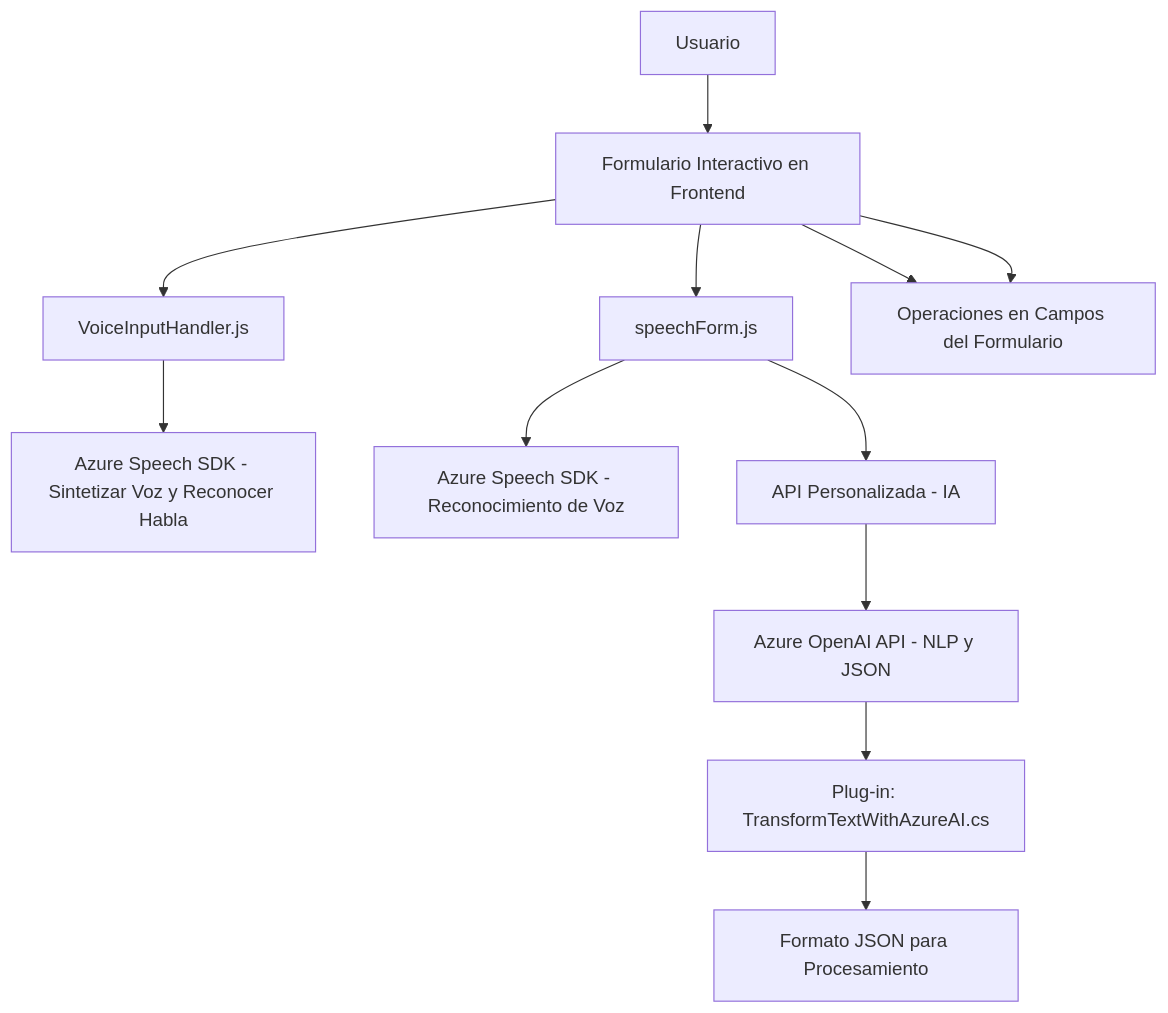
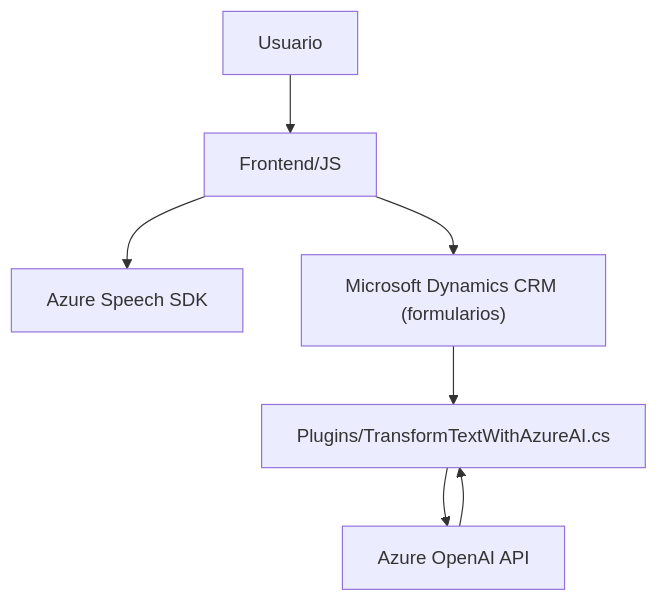
The diagram in README.md (blopezdm/NETCORE_BILBAO2025), drawn with Mermaid before and after one commit. The commit also changed other lines of this file, not shown here.

````diff
--- a/README.md
+++ b/README.md
@@ -55,18 +51,9 @@
 ```mermaid
 graph TD
-    A["Usuario"] --> B["Formulario Interactivo en Frontend"]
-
-    B --> D["VoiceInputHandler.js"]
-    B --> E["speechForm.js"]
-
-    D --> F["Azure Speech SDK - Sintetizar Voz y Reconocer Habla"]
-    E --> G["Azure Speech SDK - Reconocimiento de Voz"]
-    E --> H["API Personalizada - IA"]
-
-    B --> I["Microsoft Dynamics CRM - Form Context"]
-    H --> J["Azure OpenAI API - NLP y JSON"]
-    J --> K["Plug-in: TransformTextWithAzureAI.cs"]
-
-    K --> L["Formato JSON para Procesamiento"]
-    B --> I["Operaciones en Campos del Formulario"]
+A["Usuario"] -->B["Frontend/JS"]
+B["Frontend/JS"] --> C["Azure Speech SDK"]
+B["Frontend/JS"] --> E["Microsoft Dynamics CRM (formularios)"]
+E --> F["Plugins/TransformTextWithAzureAI.cs"]
+F --> G["Azure OpenAI API"]
+G --> F
 ```
````
